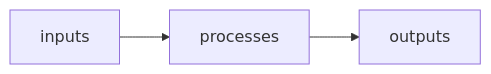
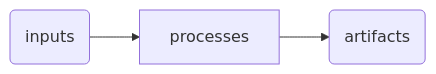
One commit to petebachant/petebachant.github.io changed the first of 4 diagrams in _posts/2025-02-28-continuous-reproducibility.markdown. Above: the diagram before and after it, drawn with Mermaid. The commit also changed other lines of this file, not shown here.

````diff
--- a/_posts/2025-02-28-continuous-reproducibility.markdown
+++ b/_posts/2025-02-28-continuous-reproducibility.markdown
@@ -761,5 +84,5 @@
 ```mermaid
 flowchart LR
-    A[inputs] --> B[processes]
-    B --> C[outputs]
+    A(inputs) --> B[processes]
+    B --> C(artifacts)
 ```
````
